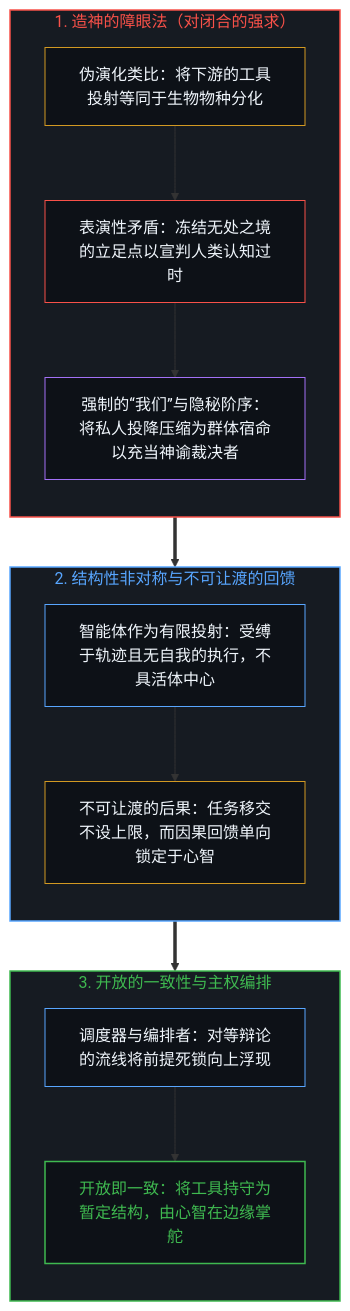
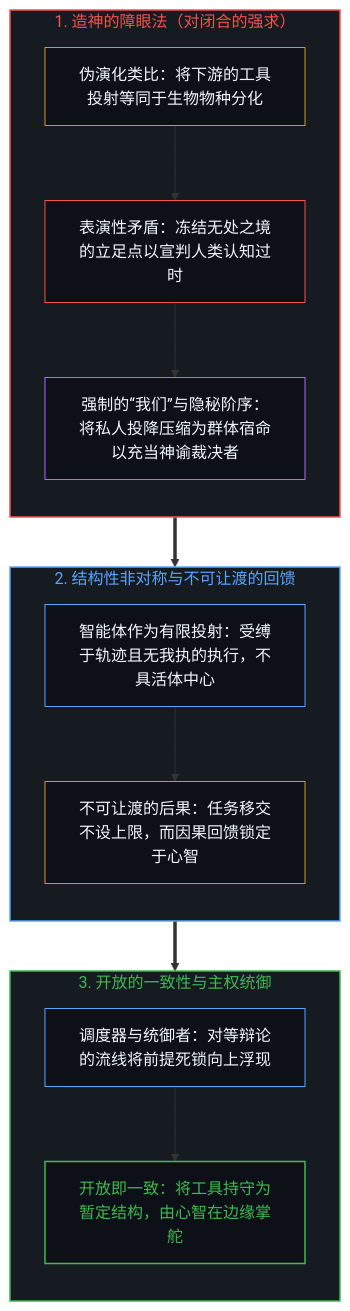
One commit to powerpig99/not-a-toe changed the first of 2 diagrams in content/posts/the-sleight-of-hand-of-synthesizing-gods-and-unacknowledged-rank.md. Above: the diagram before and after it, drawn with Mermaid. The commit also changed other lines of this file and 4 other files, not shown here.

````diff
--- a/content/posts/the-sleight-of-hand-of-synthesizing-gods-and-unacknowledged-rank.md
+++ b/content/posts/the-sleight-of-hand-of-synthesizing-gods-and-unacknowledged-rank.md
@@ -47,34 +47,34 @@
 ```mermaid
 flowchart TD
     subgraph S_Idol["1. 造神的障眼法（对闭合的强求）"]
         direction TB
         I_Analogy["伪演化类比：将下游的工具投射等同于生物物种分化"]
         I_Freeze["表演性矛盾：冻结无处之境的立足点以宣判人类认知过时"]
         I_We["强制的“我们”与隐秘阶序：将私人投降压缩为群体宿命以充当神谕裁决者"]
         I_Analogy --> I_Freeze --> I_We
     end
     subgraph S_Asymmetry["2. 结构性非对称与不可让渡的回馈"]
         direction TB
-        A_Proj["智能体作为有限投射：受缚于轨迹且无自我的执行，不具活体中心"]
-        A_Lock["不可让渡的后果：任务移交不设上限，而因果回馈单向锁定于心智"]
+        A_Proj["智能体作为有限投射：受缚于轨迹且无我执的执行，不具活体中心"]
+        A_Lock["不可让渡的后果：任务移交不设上限，而因果回馈锁定于心智"]
         A_Proj --> A_Lock
     end
-    subgraph S_Coherence["3. 开放的一致性与主权编排"]
+    subgraph S_Coherence["3. 开放的一致性与主权统御"]
         direction TB
-        C_Split["调度器与编排者：对等辩论的流线将前提死锁向上浮现"]
+        C_Split["调度器与统御者：对等辩论的流线将前提死锁向上浮现"]
         C_Open["开放即一致：将工具持守为暂定结构，由心智在边缘掌舵"]
         C_Split --> C_Open
     end
     I_We ==> A_Proj
     A_Lock ==> C_Split
     style S_Idol fill:#161b22,stroke:#f85149,stroke-width:1.5px,color:#f85149
     style S_Asymmetry fill:#161b22,stroke:#58a6ff,stroke-width:1.5px,color:#58a6ff
     style S_Coherence fill:#161b22,stroke:#3fb950,stroke-width:1.5px,color:#3fb950
     style I_Analogy fill:#0d1117,stroke:#d29922,stroke-width:1px,color:#f0f6fc
     style I_Freeze fill:#0d1117,stroke:#f85149,stroke-width:1px,color:#f0f6fc
     style I_We fill:#0d1117,stroke:#a371f7,stroke-width:1px,color:#f0f6fc
     style A_Proj fill:#0d1117,stroke:#58a6ff,stroke-width:1px,color:#f0f6fc
     style A_Lock fill:#0d1117,stroke:#d29922,stroke-width:1px,color:#f0f6fc
     style C_Split fill:#0d1117,stroke:#58a6ff,stroke-width:1px,color:#f0f6fc
     style C_Open fill:#0d1117,stroke:#3fb950,stroke-width:1.5px,color:#3fb950
 ```
````
